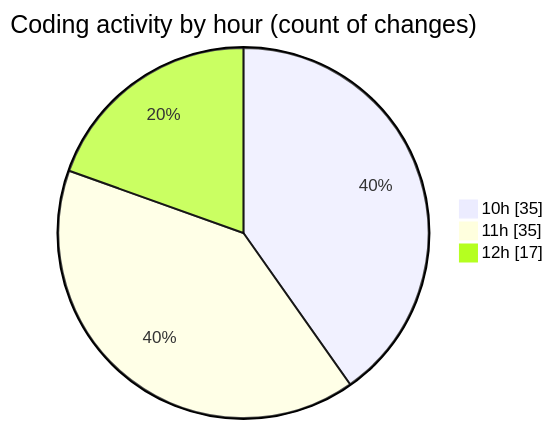
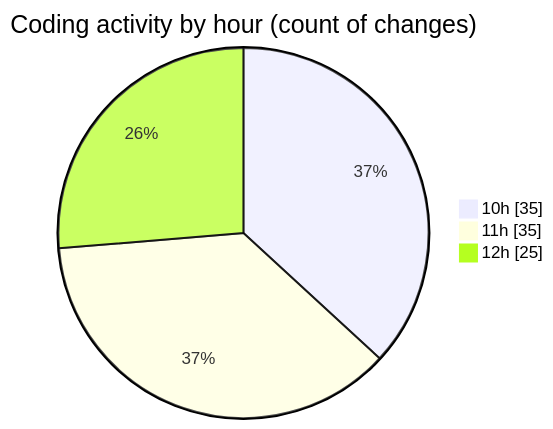
The second of 2 diagrams in 2025-03-26/cda/README.md (momahboobian/code-tracking), drawn with Mermaid before and after one commit. The commit also changed other lines of this file and 1 other file, not shown here.

````diff
--- a/2025-03-26/cda/README.md
+++ b/2025-03-26/cda/README.md
@@ -53,7 +53,7 @@
 ```mermaid
 pie showData
 title Coding activity by hour (count of changes)
 "10h" : 35
 "11h" : 35
-"12h" : 17
+"12h" : 25
 ```
````
